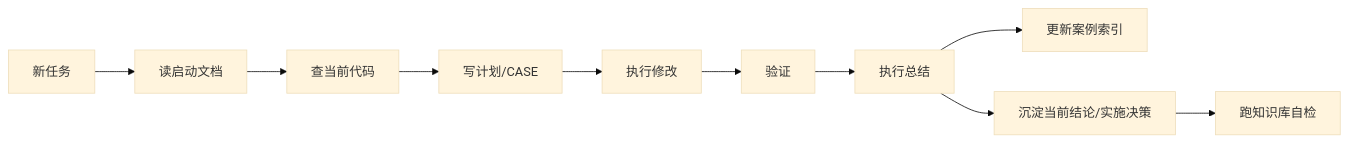
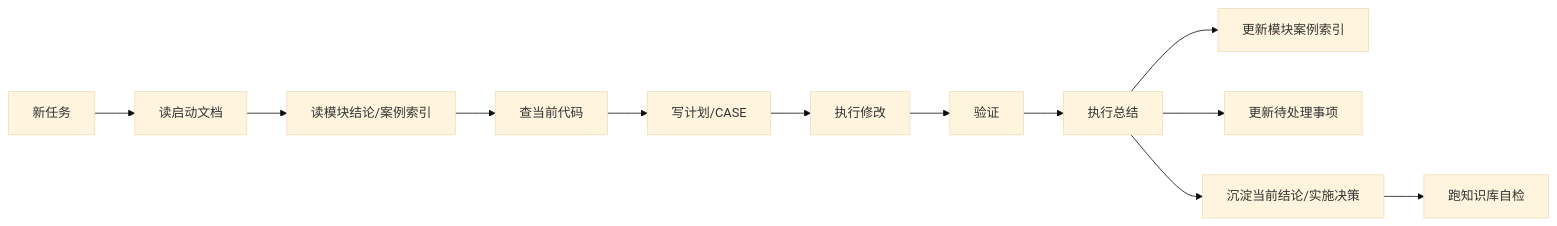
The diagram in README.md (wyy233desuwa/knowledge-base-template), drawn with Mermaid (base theme) before and after one commit. The commit also changed other lines of this file and 15 other files, not shown here.

````diff
--- a/README.md
+++ b/README.md
@@ -129,12 +140,14 @@
 ```mermaid
 flowchart LR
   start["新任务"] --> read["读启动文档"]
-  read --> code["查当前代码"]
+  read --> module["读模块结论/案例索引"]
+  module --> code["查当前代码"]
   code --> plan["写计划/CASE"]
   plan --> impl["执行修改"]
   impl --> verify["验证"]
   verify --> summary["执行总结"]
-  summary --> index["更新案例索引"]
+  summary --> index["更新模块案例索引"]
+  summary --> pending["更新待处理事项"]
   summary --> rules["沉淀当前结论/实施决策"]
   rules --> check["跑知识库自检"]
 ```
````
